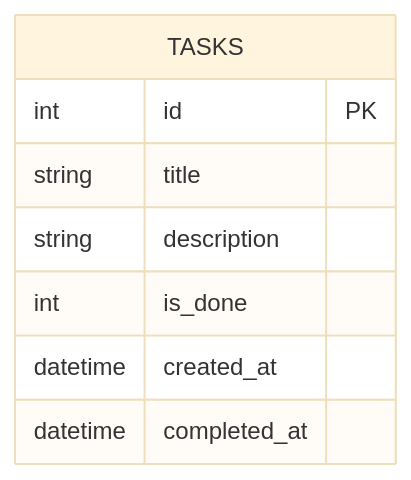
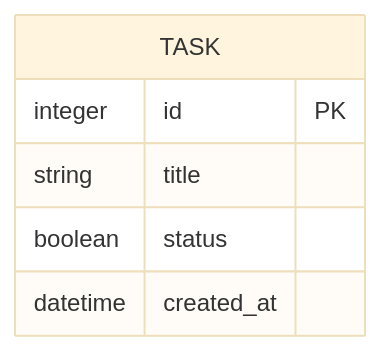
One commit to D1445387/web_app_development changed the diagram in docs/DB_DESIGN.md. Above: the diagram before and after it, drawn with Mermaid (base theme). The commit also changed other lines of this file and 3 other files, not shown here.

Commit message:
feat: add database schema and models

````diff
--- a/docs/DB_DESIGN.md
+++ b/docs/DB_DESIGN.md
@@ -15,11 +5,9 @@
 ```mermaid
 erDiagram
-  TASKS {
-    int id PK
+  TASK {
+    integer id PK
     string title
-    string description
-    int is_done
+    boolean status
     datetime created_at
-    datetime completed_at
   }
 ```
````
